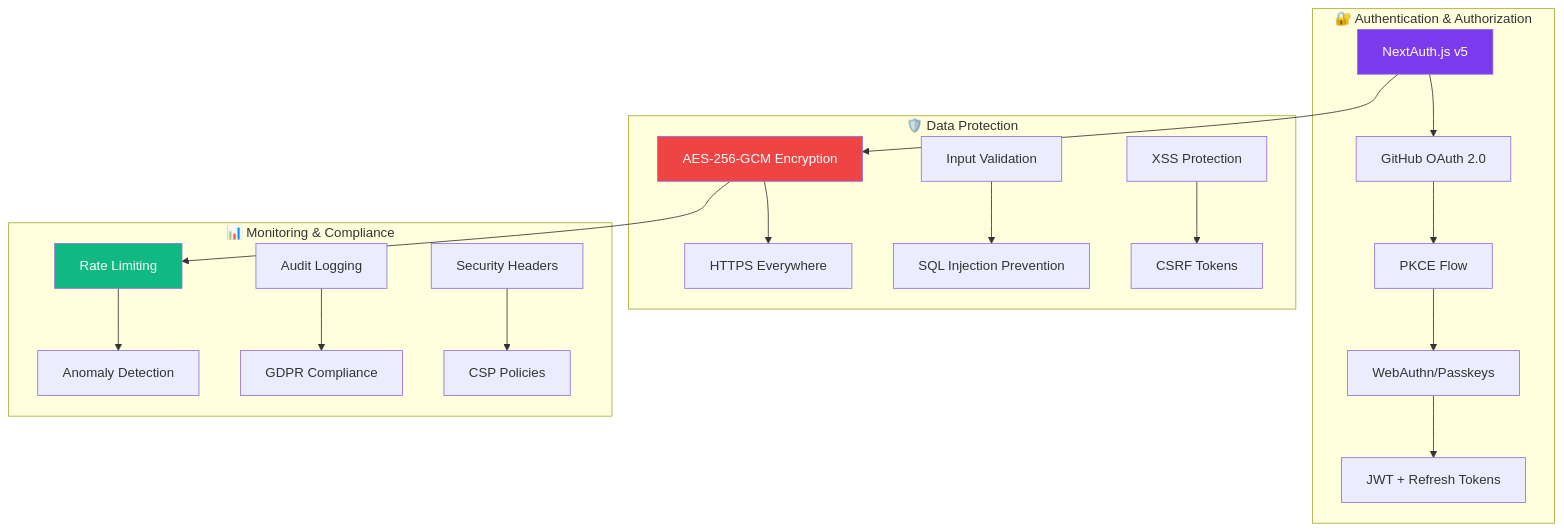
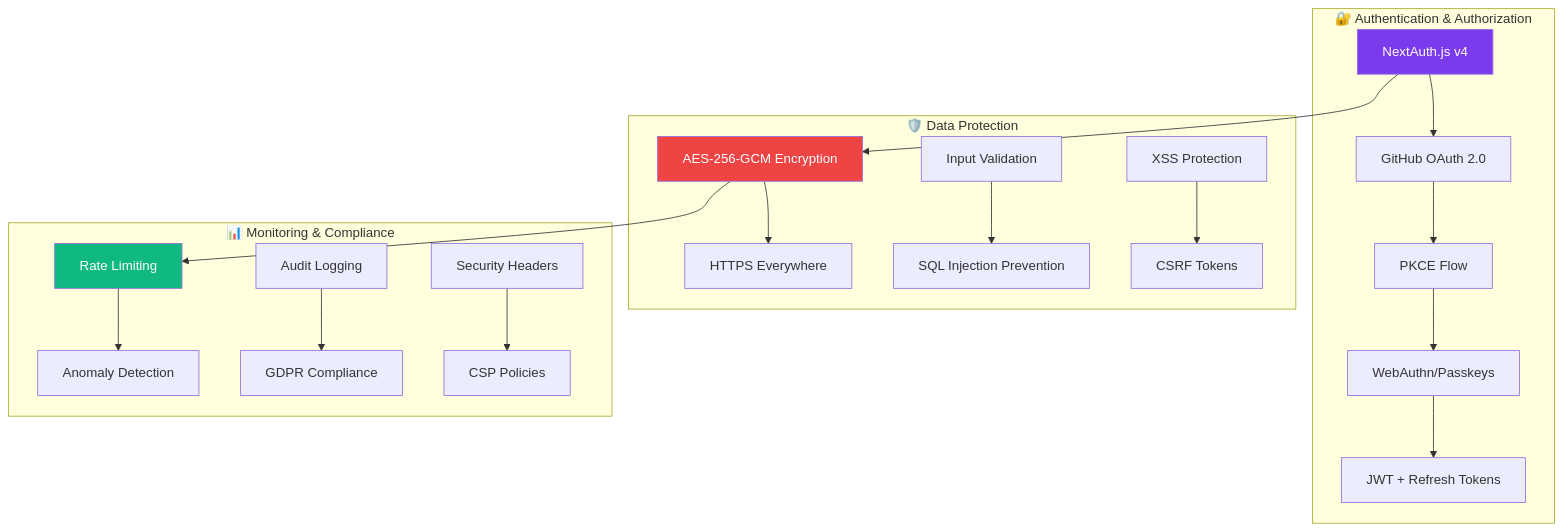
Before and after one commit to BjornMelin/contribux: the fourth of 4 diagrams in docs/executive-summary.md, drawn with Mermaid. The commit also changed other lines of this file and 79 other files, not shown here.

````diff
--- a/docs/executive-summary.md
+++ b/docs/executive-summary.md
@@ -150,28 +150,28 @@
 ```mermaid
 graph TB
     subgraph "🔐 Authentication & Authorization"
-        A[NextAuth.js v5] --> B[GitHub OAuth 2.0]
+        A[NextAuth.js v4] --> B[GitHub OAuth 2.0]
         B --> C[PKCE Flow]
         C --> D[WebAuthn/Passkeys]
         D --> E[JWT + Refresh Tokens]
     end
     
     subgraph "🛡️ Data Protection"
         F[AES-256-GCM Encryption] --> G[HTTPS Everywhere]
         H[Input Validation] --> I[SQL Injection Prevention]
         J[XSS Protection] --> K[CSRF Tokens]
     end
     
     subgraph "📊 Monitoring & Compliance"
         L[Rate Limiting] --> M[Anomaly Detection]
         N[Audit Logging] --> O[GDPR Compliance]
         P[Security Headers] --> Q[CSP Policies]
     end
     
     A --> F
     F --> L
     
     style A fill:#7C3AED,color:#fff
     style F fill:#EF4444,color:#fff
     style L fill:#10B981,color:#fff
 ```
````
